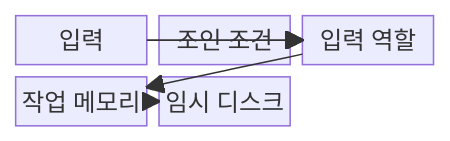
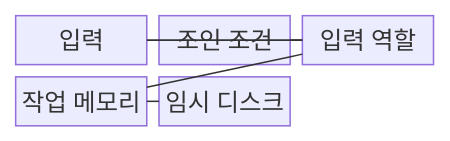
One commit to agnusdei1207/knowledge-base changed the first of 2 diagrams in src/content/docs/notes/03-software/096_join_algorithms.md. Above: the diagram before and after it, drawn with Mermaid. The commit also changed other lines of this file and 493 other files, not shown here.

````diff
--- a/src/content/docs/notes/03-software/096_join_algorithms.md
+++ b/src/content/docs/notes/03-software/096_join_algorithms.md
@@ -68,13 +68,13 @@
 ```mermaid
 block-beta
   columns 3
   I["입력"]
   C["조인 조건"]
   R["입력 역할"]
   M["작업 메모리"]
   T["임시 디스크"]
-  I --> R
-  C --> R
-  R --> M
-  M --> T
+  I --- R
+  C --- R
+  R --- M
+  M --- T
 ```
````
